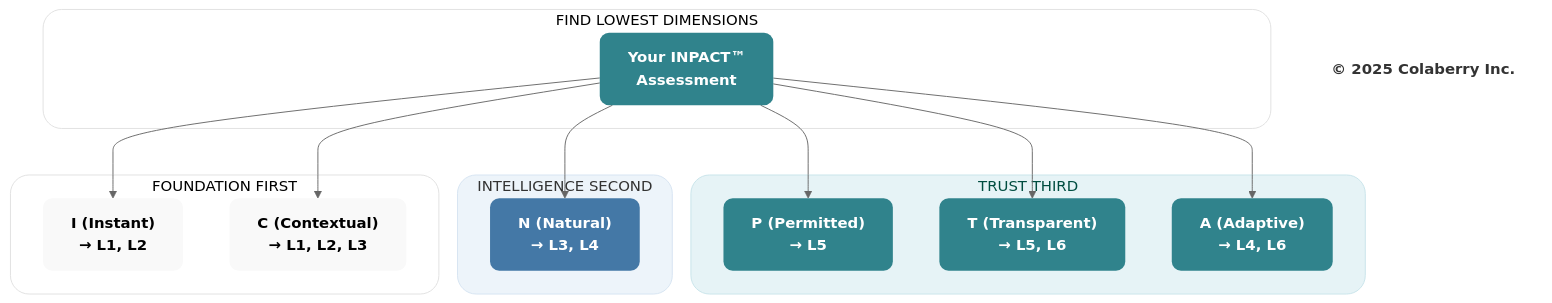
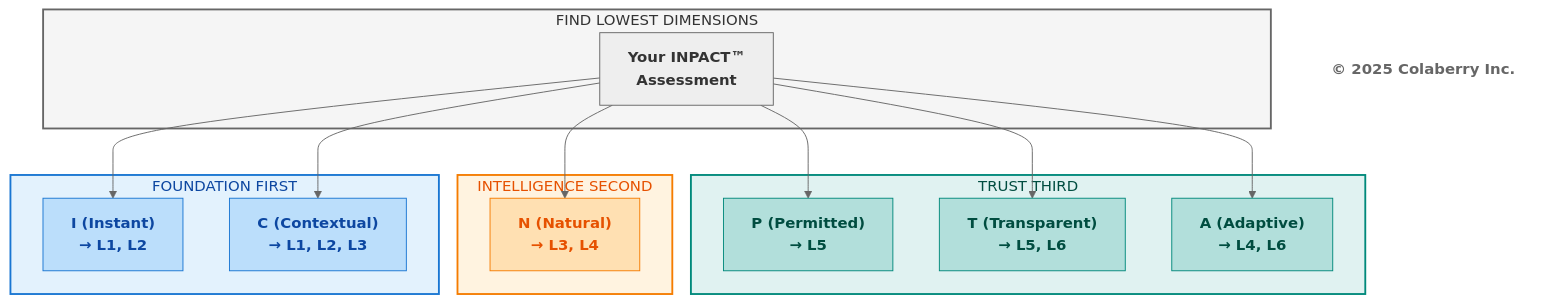
The sixth of 6 diagrams in manuscript/10_chapter_9_measuring_agent_readiness.md (saitejesh-cyber/trust-before-intelligence-book), drawn with Mermaid (neutral theme) before and after one commit. The commit also changed other lines of this file and 12 other files, not shown here.

Commit message:
Restore legacy Mermaid styles for Option 1

````diff
--- a/manuscript/10_chapter_9_measuring_agent_readiness.md
+++ b/manuscript/10_chapter_9_measuring_agent_readiness.md
@@ -605,45 +605,45 @@
 ```mermaid
 
 graph TD
     subgraph ASSESS["FIND LOWEST DIMENSIONS"]
         A["<b>Your INPACT™<br/>Assessment</b>"]
     end
 
     subgraph TRUST["TRUST THIRD"]
         T1["<b>P (Permitted)</b><br/><b>→ L5</b>"]
         T2["<b>T (Transparent)</b><br/><b>→ L5, L6</b>"]
         T3["<b>A (Adaptive)</b><br/><b>→ L4, L6</b>"]
     end
 
     subgraph INTEL["INTELLIGENCE SECOND"]
         I1["<b>N (Natural)</b><br/><b>→ L3, L4</b>"]
     end
 
     subgraph FOUND["FOUNDATION FIRST"]
         F1["<b>I (Instant)</b><br/><b>→ L1, L2</b>"]
         F2["<b>C (Contextual)</b><br/><b>→ L1, L2, L3</b>"]
     end
 
     A --> F1
     A --> F2
     A --> I1
     A --> T1
     A --> T2
     A --> T3
 
     Copyright["<b>© 2025 Colaberry Inc.</b>"]
 
-    style ASSESS fill:#ffffff,stroke:#e0e0e0,stroke-width:1px,color:#000000,rx:20,ry:20
-    style FOUND fill:#ffffff,stroke:#e0e0e0,stroke-width:1px,color:#000000,rx:20,ry:20
-    style INTEL fill:#edf4fa,stroke:#d6e4f2,stroke-width:1px,color:#333333,rx:20,ry:20
-    style TRUST fill:#e6f3f6,stroke:#c7e3ea,stroke-width:1px,color:#004d40,rx:20,ry:20
-    style A fill:#30838C,stroke:none,color:#ffffff,rx:10,ry:10
-    style F1 fill:#f9f9f9,stroke:none,color:#000000,rx:10,ry:10
-    style F2 fill:#f9f9f9,stroke:none,color:#000000,rx:10,ry:10
-    style I1 fill:#4478A6,stroke:none,color:#ffffff,rx:10,ry:10
-    style T1 fill:#30838C,stroke:none,color:#ffffff,rx:10,ry:10
-    style T2 fill:#30838C,stroke:none,color:#ffffff,rx:10,ry:10
-    style T3 fill:#30838C,stroke:none,color:#ffffff,rx:10,ry:10
-    style Copyright fill:none,stroke:none,color:#333333
+    style ASSESS fill:#f5f5f5,stroke:#666666,stroke-width:2px,color:#333333
+    style FOUND fill:#e3f2fd,stroke:#1976d2,stroke-width:2px,color:#0d47a1
+    style INTEL fill:#fff3e0,stroke:#f57c00,stroke-width:2px,color:#e65100
+    style TRUST fill:#e0f2f1,stroke:#00897b,stroke-width:2px,color:#004d40
+    style A fill:#eeeeee,stroke:#666666,color:#333333
+    style F1 fill:#bbdefb,stroke:#1976d2,color:#0d47a1
+    style F2 fill:#bbdefb,stroke:#1976d2,color:#0d47a1
+    style I1 fill:#ffe0b2,stroke:#f57c00,color:#e65100
+    style T1 fill:#b2dfdb,stroke:#00897b,color:#004d40
+    style T2 fill:#b2dfdb,stroke:#00897b,color:#004d40
+    style T3 fill:#b2dfdb,stroke:#00897b,color:#004d40
+    style Copyright fill:#ffffff,stroke:none,color:#666666
 
 ```
````
